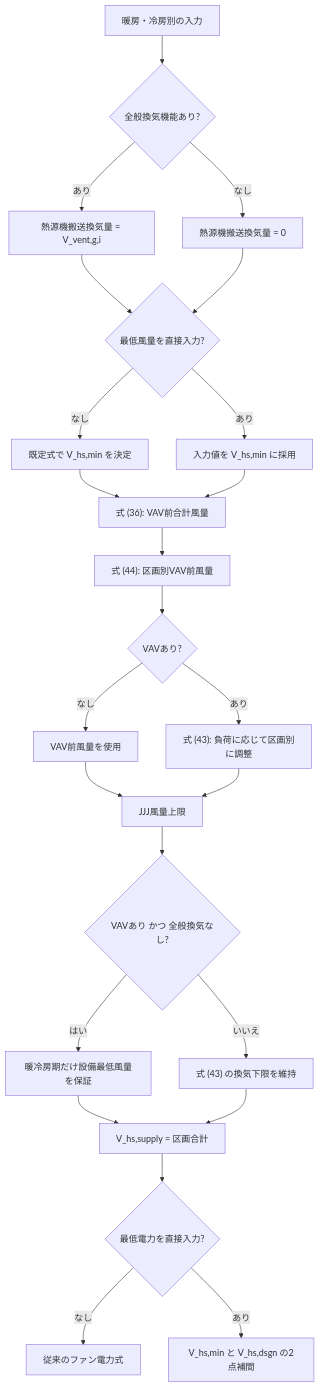
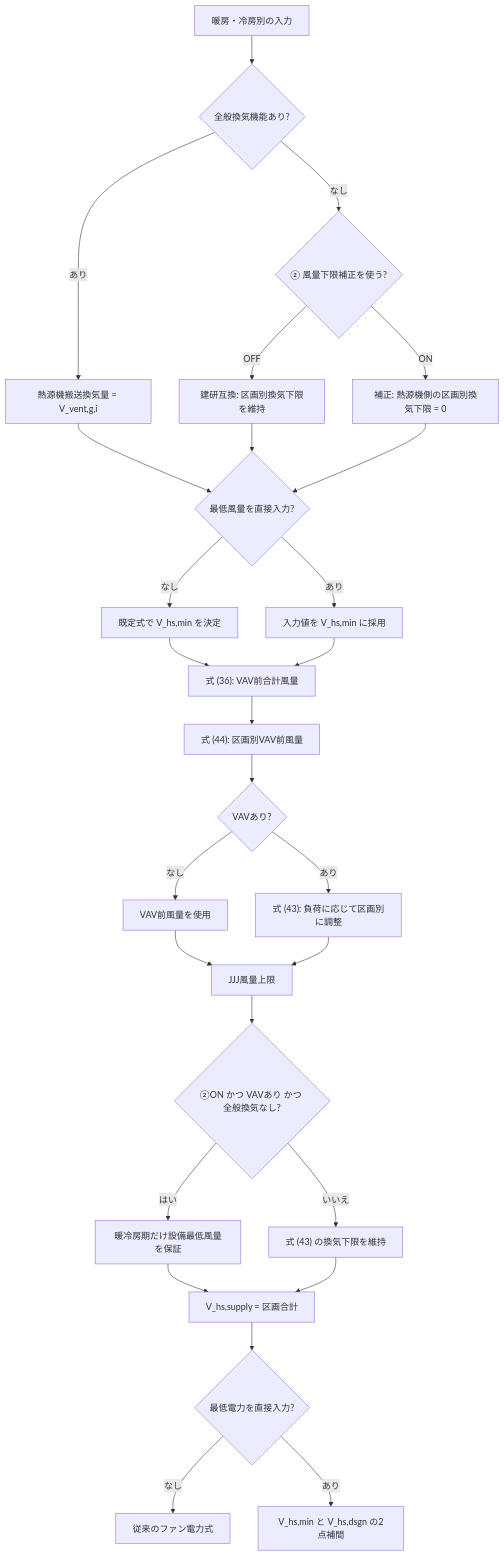
The diagram in packages/pyhees-jjj/docs/風量設定_VAV_計算ルート.md (iguchi-lab/Verification-Platform-Next), drawn with Mermaid before and after one commit. The commit also changed other lines of this file and 37 other files, not shown here.

````diff
--- a/packages/pyhees-jjj/docs/風量設定_VAV_計算ルート.md
+++ b/packages/pyhees-jjj/docs/風量設定_VAV_計算ルート.md
@@ -53,26 +57,29 @@
 ```mermaid
 flowchart TD
     A["暖房・冷房別の入力"] --> B{"全般換気機能あり?"}
     B -->|あり| C["熱源機搬送換気量 = V_vent,g,i"]
-    B -->|なし| D["熱源機搬送換気量 = 0"]
+    B -->|なし| B2{"② 風量下限補正を使う?"}
+    B2 -->|OFF| D0["建研互換: 区画別換気下限を維持"]
+    B2 -->|ON| D["補正: 熱源機側の区画別換気下限 = 0"]
     C --> E{"最低風量を直接入力?"}
+    D0 --> E
     D --> E
     E -->|なし| F["既定式で V_hs,min を決定"]
     E -->|あり| G["入力値を V_hs,min に採用"]
     F --> H["式 (36): VAV前合計風量"]
     G --> H
     H --> I["式 (44): 区画別VAV前風量"]
     I --> J{"VAVあり?"}
     J -->|なし| K["VAV前風量を使用"]
     J -->|あり| L["式 (43): 負荷に応じて区画別に調整"]
     K --> M["JJJ風量上限"]
     L --> M
-    M --> N{"VAVあり かつ 全般換気なし?"}
+    M --> N{"②ON かつ VAVあり かつ 全般換気なし?"}
     N -->|はい| O["暖冷房期だけ設備最低風量を保証"]
     N -->|いいえ| P["式 (43) の換気下限を維持"]
     O --> Q["V_hs,supply = 区画合計"]
     P --> Q
     Q --> R{"最低電力を直接入力?"}
     R -->|なし| S["従来のファン電力式"]
     R -->|あり| T["V_hs,min と V_hs,dsgn の2点補間"]
 ```
````
